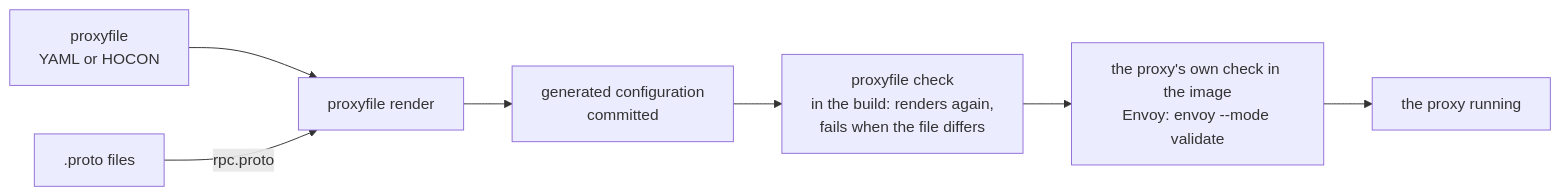
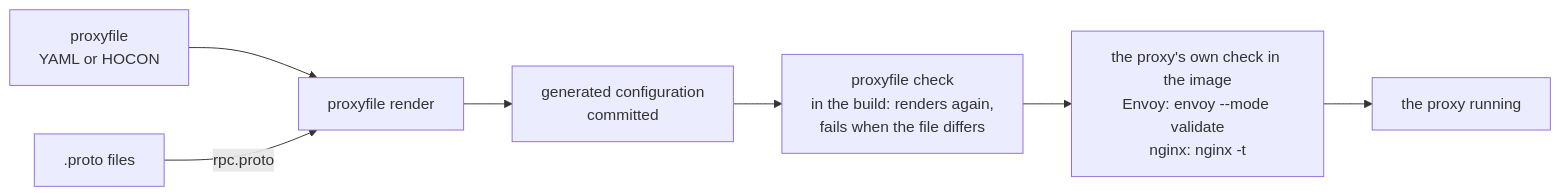
Before and after one commit to kitecorp/proxyfile: the second of 2 diagrams in README.md, drawn with Mermaid. The commit also changed other lines of this file and 71 other files, not shown here.

````diff
--- a/README.md
+++ b/README.md
@@ -131,9 +131,9 @@
 ```mermaid
 flowchart LR
     source["proxyfile<br/>YAML or HOCON"] --> render["proxyfile render"]
     protos[".proto files"] -->|rpc.proto| render
     render --> generated["generated configuration<br/>committed"]
     generated --> check["proxyfile check<br/>in the build: renders again,<br/>fails when the file differs"]
-    check --> validate["the proxy's own check in the image<br/>Envoy: envoy --mode validate"]
+    check --> validate["the proxy's own check in the image<br/>Envoy: envoy --mode validate<br/>nginx: nginx -t"]
     validate --> running["the proxy running"]
 ```
````
